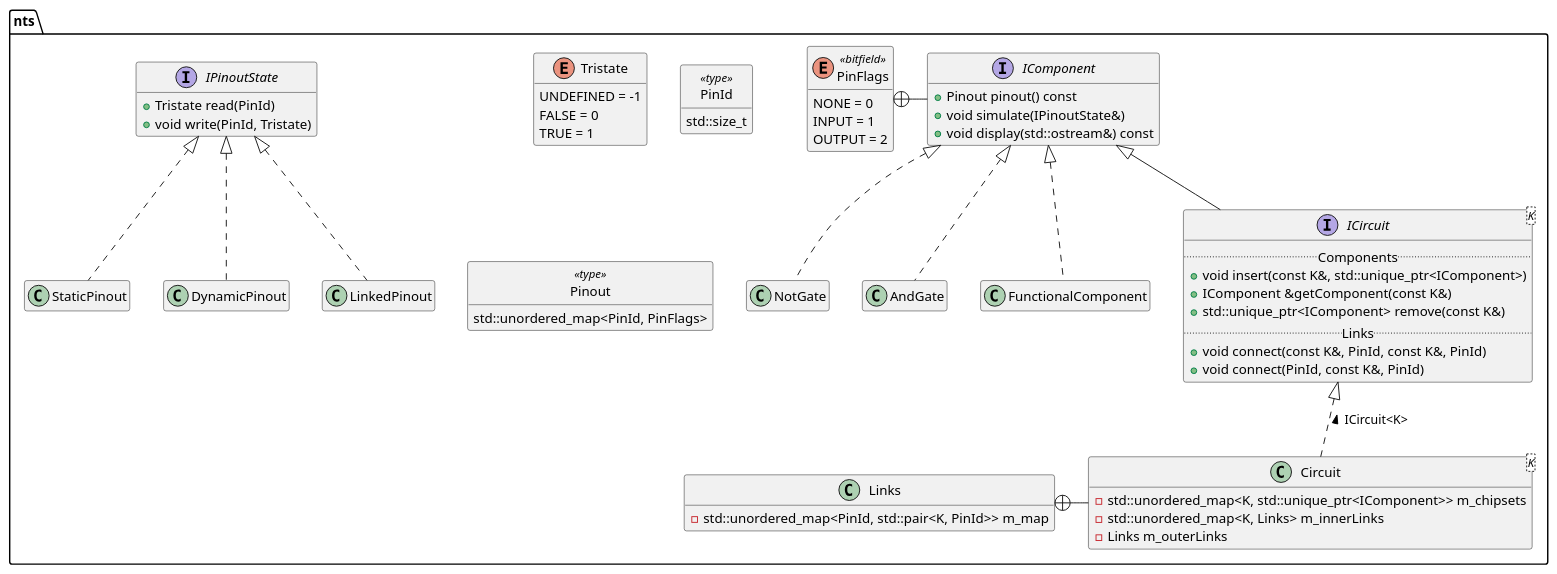
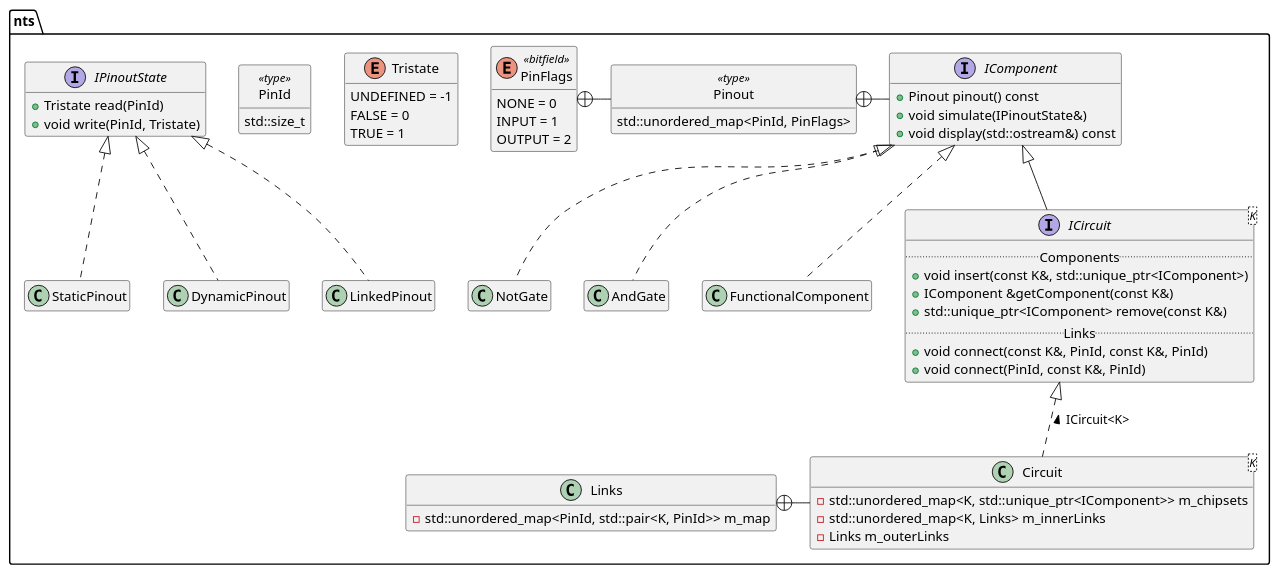
Before and after one commit to nasso/nano: the diagram in docs/nts.puml, drawn with PlantUML.

Commit message:
Show association between Pinout and PinFlags

```diff
--- a/docs/nts.puml
+++ b/docs/nts.puml
@@ -1,71 +1,72 @@
 @startuml NanoTekSpice
 
 set namespaceSeparator ::
 hide empty members
 hide <<type>> circle
 
 namespace nts {
 
 enum Tristate {
     UNDEFINED = -1
     FALSE = 0
     TRUE = 1
 }
 
 class PinId <<type>> {
     std::size_t
 }
 
 interface IPinoutState {
     + Tristate read(PinId)
     + void write(PinId, Tristate)
 }
 IPinoutState <|.. StaticPinout
 IPinoutState <|.. DynamicPinout
 IPinoutState <|.. LinkedPinout
 
 enum PinFlags <<bitfield>> {
     NONE = 0
     INPUT = 1
     OUTPUT = 2
 }
 
 class Pinout <<type>> {
     std::unordered_map<PinId, PinFlags>
 }
+PinFlags +- Pinout
 
 interface IComponent {
     + Pinout pinout() const
     + void simulate(IPinoutState&)
     + void display(std::ostream&) const
 }
-PinFlags +- IComponent
+Pinout +- IComponent
 IComponent <|.. NotGate
 IComponent <|.. AndGate
 IComponent <|.. FunctionalComponent
 
 interface ICircuit<K> {
     .. Components ..
     + void insert(const K&, std::unique_ptr<IComponent>)
     + IComponent &getComponent(const K&)
     + std::unique_ptr<IComponent> remove(const K&)
     .. Links ..
     + void connect(const K&, PinId, const K&, PinId)
     + void connect(PinId, const K&, PinId)
 }
 IComponent <|-- ICircuit
 
 ' Example classes
 class Links {
     - std::unordered_map<PinId, std::pair<K, PinId>> m_map
 }
 
 class Circuit<K> {
     - std::unordered_map<K, std::unique_ptr<IComponent>> m_chipsets
     - std::unordered_map<K, Links> m_innerLinks
     - Links m_outerLinks
 }
 Links +- Circuit
 ICircuit <|.. Circuit : < ICircuit<K>
 
 @enduml
```
